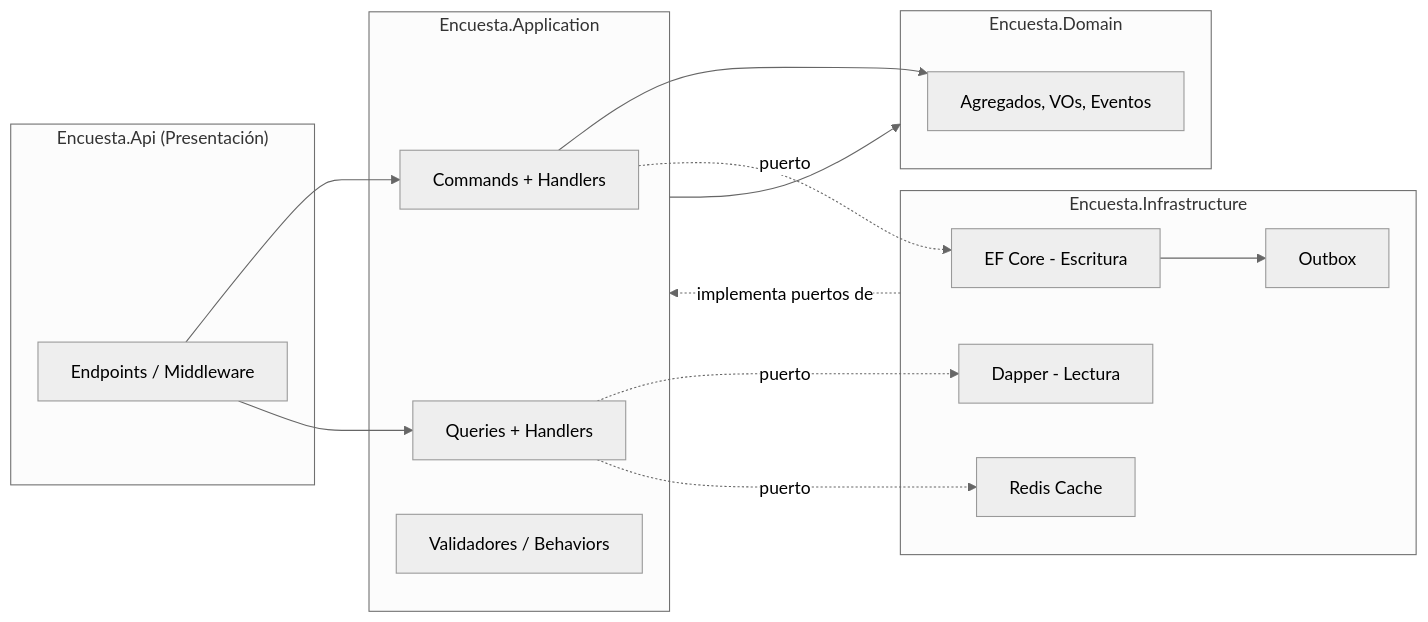
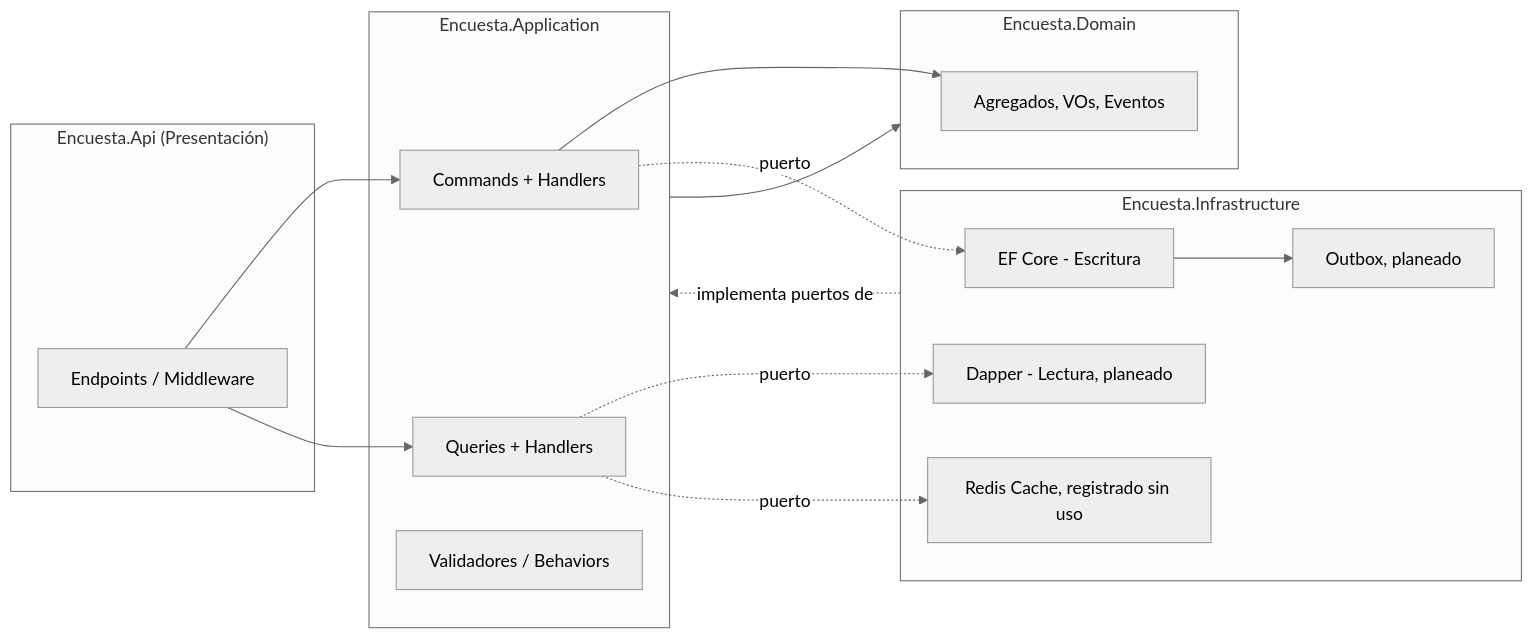
Before and after one commit to jhofran/Encuesta-Project-02: the third of 4 diagrams in docs/architecture/c4-containers.md, drawn with Mermaid (neutral theme). The commit also changed other lines of this file and 18 other files, not shown here.

````diff
--- a/docs/architecture/c4-containers.md
+++ b/docs/architecture/c4-containers.md
@@ -72,29 +91,29 @@
 ```mermaid
 flowchart LR
     subgraph API["Encuesta.Api (Presentación)"]
         EP[Endpoints / Middleware]
     end
     subgraph APP["Encuesta.Application"]
         CMD[Commands + Handlers]
         QRY[Queries + Handlers]
         VAL[Validadores / Behaviors]
     end
     subgraph DOM["Encuesta.Domain"]
         AGG[Agregados, VOs, Eventos]
     end
     subgraph INF["Encuesta.Infrastructure"]
         EF[EF Core - Escritura]
-        DAP[Dapper - Lectura]
-        RC[Redis Cache]
-        OB[Outbox]
+        DAP[Dapper - Lectura, planeado]
+        RC[Redis Cache, registrado sin uso]
+        OB[Outbox, planeado]
     end
     EP --> CMD
     EP --> QRY
     CMD --> AGG
     CMD -. puerto .-> EF
     QRY -. puerto .-> DAP
     QRY -. puerto .-> RC
     EF --> OB
     INF -. implementa puertos de .-> APP
     APP --> DOM
 ```
````
